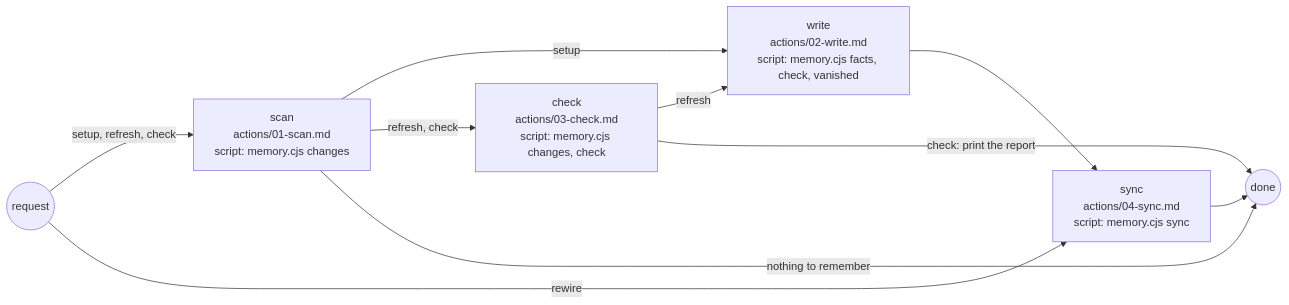
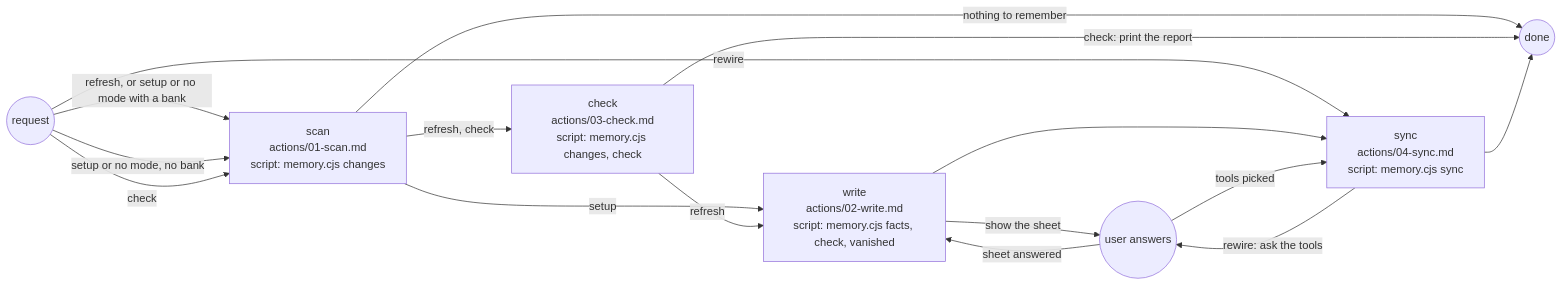
Before and after one commit to ai-driven-dev/framework: the diagram in plugins/aidd-context/skills/02-project-memory/SKILL.md, drawn with Mermaid. The commit also changed other lines of this file and 6 other files, not shown here.

First line of the commit message:
fix(aidd-context): stop on the project memory sheet until the person answers

````diff
--- a/plugins/aidd-context/skills/02-project-memory/SKILL.md
+++ b/plugins/aidd-context/skills/02-project-memory/SKILL.md
@@ -11,12 +11,18 @@
 ```mermaid
 flowchart LR
-  request((request)) -->|"setup, refresh, check"| scan["scan<br>actions/01-scan.md<br>script: memory.cjs changes"]
+  request((request)) -->|"refresh, or setup or no mode with a bank"| scan["scan<br>actions/01-scan.md<br>script: memory.cjs changes"]
+  request -->|"setup or no mode, no bank"| scan
+  request -->|"check"| scan
   request -->|"rewire"| sync["sync<br>actions/04-sync.md<br>script: memory.cjs sync"]
   scan -->|"setup"| write["write<br>actions/02-write.md<br>script: memory.cjs facts, check, vanished"]
   scan -->|"refresh, check"| check["check<br>actions/03-check.md<br>script: memory.cjs changes, check"]
   scan -->|"nothing to remember"| done((done))
   check -->|"refresh"| write
   check -->|"check: print the report"| done
+  write -->|"show the sheet"| user((user answers))
+  user -->|"sheet answered"| write
   write --> sync
+  sync -->|"rewire: ask the tools"| user
+  user -->|"tools picked"| sync
   sync --> done
 ```
````
